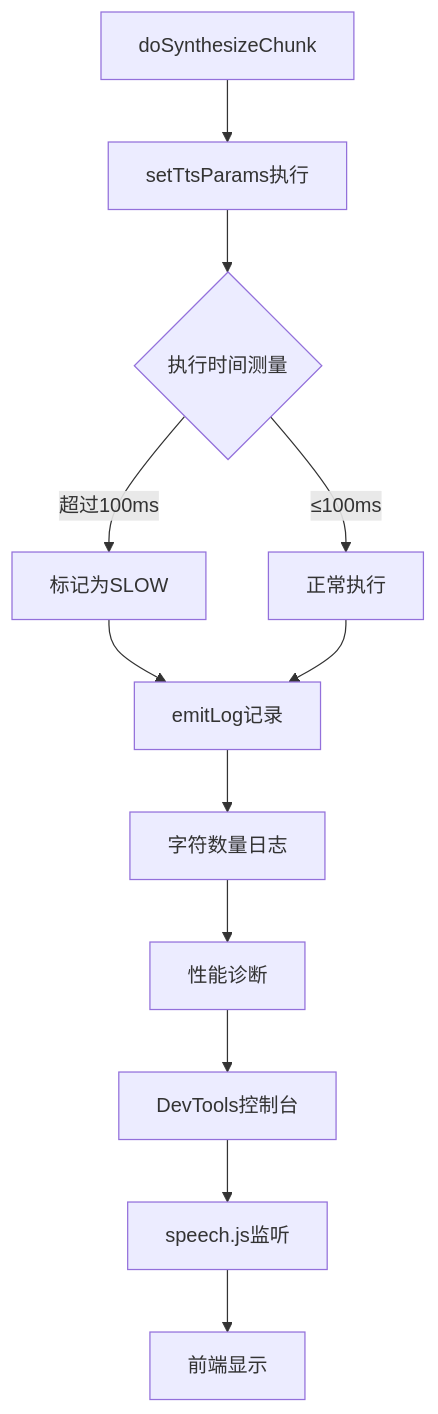
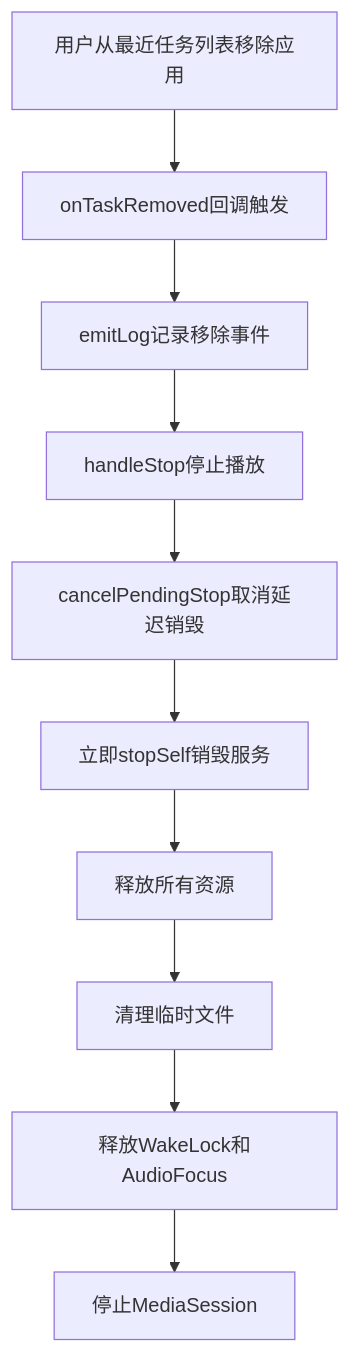
One commit to zhao-zg/cx changed the sixth of 13 diagrams in .qoder/repowiki/zh/content/移动应用开发/TTS静态实例管理系统.md. Above: the diagram before and after it, drawn with Mermaid. The commit also changed other lines of this file and 31 other files, not shown here.

````diff
--- a/.qoder/repowiki/zh/content/移动应用开发/TTS静态实例管理系统.md
+++ b/.qoder/repowiki/zh/content/移动应用开发/TTS静态实例管理系统.md
@@ -350,14 +345,12 @@
 ```mermaid
 flowchart TD
-A[doSynthesizeChunk] --> B[setTtsParams执行]
-B --> C{执行时间测量}
-C --> |超过100ms| D[标记为SLOW]
-C --> |≤100ms| E[正常执行]
-D --> F[emitLog记录]
-E --> F
-F --> G[字符数量日志]
-G --> H[性能诊断]
-H --> I[DevTools控制台]
-I --> J[speech.js监听]
-J --> K[前端显示]
+A[用户从最近任务列表移除应用] --> B[onTaskRemoved回调触发]
+B --> C[emitLog记录移除事件]
+C --> D[handleStop停止播放]
+D --> E[cancelPendingStop取消延迟销毁]
+E --> F[立即stopSelf销毁服务]
+F --> G[释放所有资源]
+G --> H[清理临时文件]
+H --> I[释放WakeLock和AudioFocus]
+I --> J[停止MediaSession]
 ```
````
